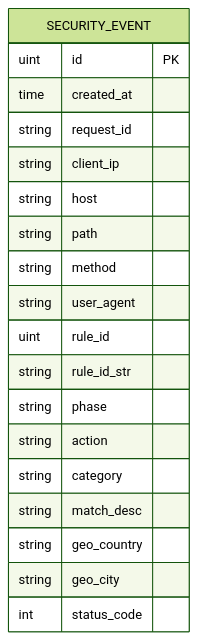
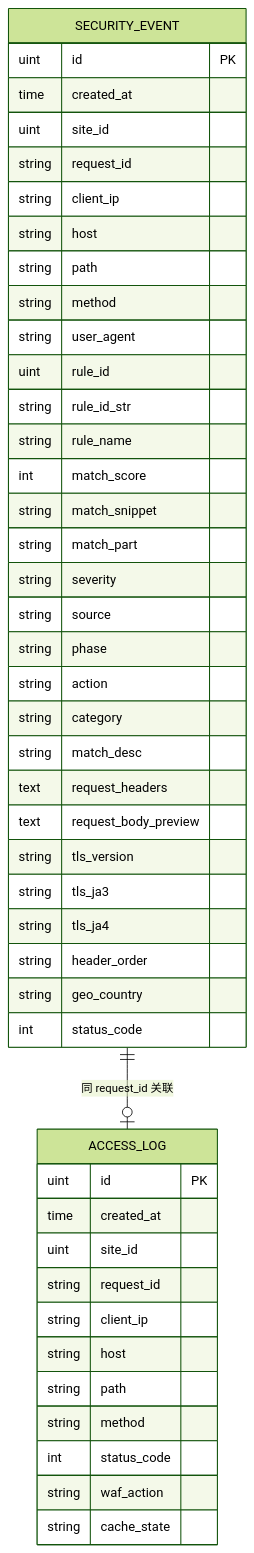
Before and after one commit to x01n/My-OpenWaf: the seventh of 9 diagrams in docs/数据平面处理/SSE 事件推送.md, drawn with Mermaid (forest theme). The commit also changed other lines of this file and 622 other files, not shown here.

````diff
--- a/docs/数据平面处理/SSE 事件推送.md
+++ b/docs/数据平面处理/SSE 事件推送.md
@@ -247,22 +351,48 @@
 ```mermaid
 erDiagram
 SECURITY_EVENT {
 uint id PK
 time created_at
+uint site_id
 string request_id
 string client_ip
 string host
 string path
 string method
 string user_agent
 uint rule_id
 string rule_id_str
+string rule_name
+int match_score
+string match_snippet
+string match_part
+string severity
+string source
 string phase
 string action
 string category
 string match_desc
+text request_headers
+text request_body_preview
+string tls_version
+string tls_ja3
+string tls_ja4
+string header_order
 string geo_country
-string geo_city
 int status_code
 }
+ACCESS_LOG {
+uint id PK
+time created_at
+uint site_id
+string request_id
+string client_ip
+string host
+string path
+string method
+int status_code
+string waf_action
+string cache_state
+}
+SECURITY_EVENT ||--o| ACCESS_LOG : "同 request_id 关联"
 ```
````
